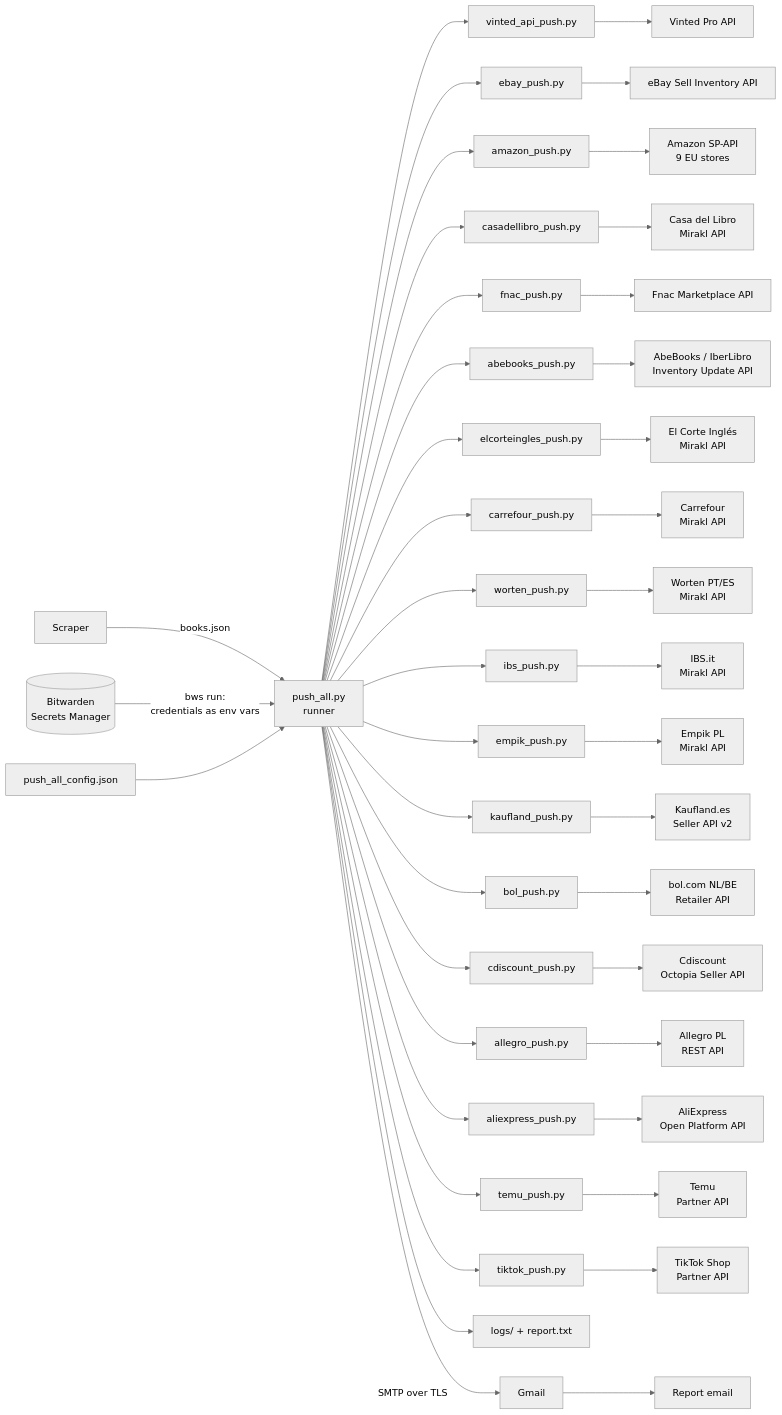
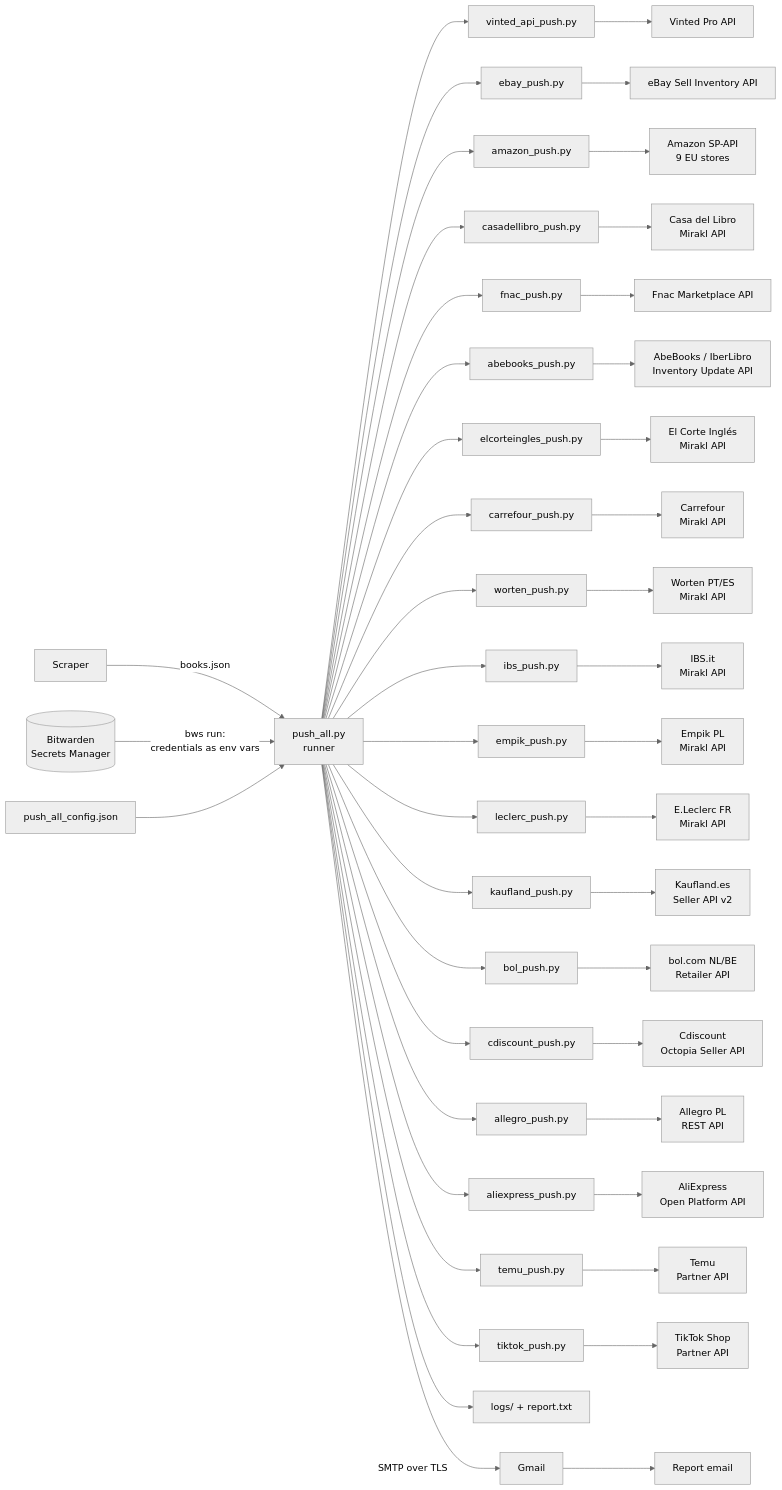
The diagram in docs/architecture.md (DavisGalla/products-api-push), drawn with Mermaid (neutral theme) before and after one commit. The commit also changed other lines of this file and 13 other files, not shown here.

Commit message:
Add E.Leclerc (Mirakl) pusher; include it in push_all, docs, architecture and capabilities PDFs

````diff
--- a/docs/architecture.md
+++ b/docs/architecture.md
@@ -29,26 +29,27 @@
 ```mermaid
 flowchart LR
     S[Scraper] -->|books.json| R
     BW[(Bitwarden<br>Secrets Manager)] -->|bws run:<br>credentials as env vars| R
     C[push_all_config.json] --> R
     R[push_all.py<br>runner] --> V[vinted_api_push.py] --> VA[Vinted Pro API]
     R --> E[ebay_push.py] --> EA[eBay Sell Inventory API]
     R --> A[amazon_push.py] --> AA[Amazon SP-API<br>9 EU stores]
     R --> CL[casadellibro_push.py] --> CLA[Casa del Libro<br>Mirakl API]
     R --> F[fnac_push.py] --> FA[Fnac Marketplace API]
     R --> AB[abebooks_push.py] --> ABA[AbeBooks / IberLibro<br>Inventory Update API]
     R --> EC[elcorteingles_push.py] --> ECA[El Corte Inglés<br>Mirakl API]
     R --> CF[carrefour_push.py] --> CFA[Carrefour<br>Mirakl API]
     R --> W[worten_push.py] --> WA[Worten PT/ES<br>Mirakl API]
     R --> IB[ibs_push.py] --> IBA[IBS.it<br>Mirakl API]
     R --> EM[empik_push.py] --> EMA[Empik PL<br>Mirakl API]
+    R --> LE[leclerc_push.py] --> LEA[E.Leclerc FR<br>Mirakl API]
     R --> K[kaufland_push.py] --> KA[Kaufland.es<br>Seller API v2]
     R --> BO[bol_push.py] --> BOA[bol.com NL/BE<br>Retailer API]
     R --> CD[cdiscount_push.py] --> CDA[Cdiscount<br>Octopia Seller API]
     R --> AL[allegro_push.py] --> ALA[Allegro PL<br>REST API]
     R --> AE[aliexpress_push.py] --> AEA[AliExpress<br>Open Platform API]
     R --> TM[temu_push.py] --> TMA[Temu<br>Partner API]
     R --> TT[tiktok_push.py] --> TTA[TikTok Shop<br>Partner API]
     R --> L[logs/ + report.txt]
     R -->|SMTP over TLS| G[Gmail] --> M[Report email]
 ```
````
